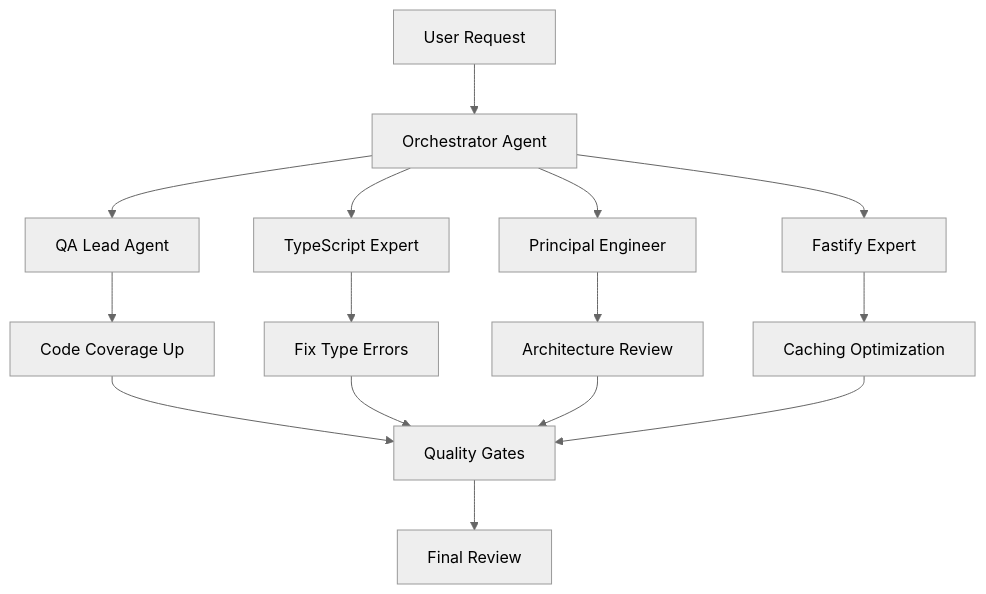
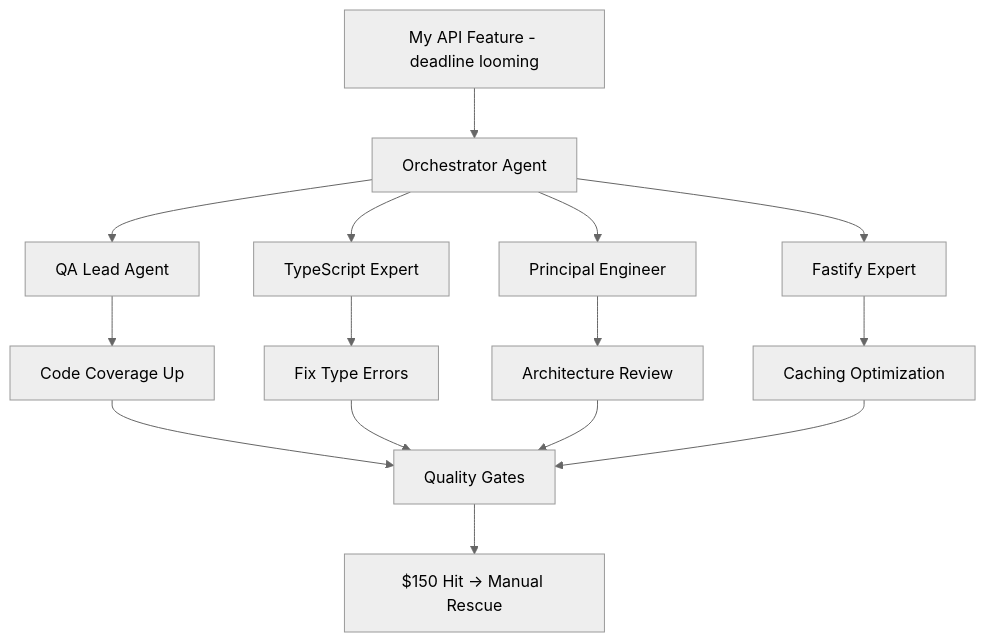
One commit to yowainwright/yowainwright.github.io changed the diagram in content/expensive-api.mdx. Above: the diagram before and after it, drawn with Mermaid (neutral theme). The commit also changed other lines of this file and 28 other files, not shown here.

````diff
--- a/content/expensive-api.mdx
+++ b/content/expensive-api.mdx
@@ -78,17 +85,17 @@
 ```mermaid
 flowchart TD
-    A[User Request] --> B[Orchestrator Agent]
+    A[My API Feature - deadline looming] --> B[Orchestrator Agent]
     B --> C[QA Lead Agent]
     B --> D[TypeScript Expert]
     B --> E[Principal Engineer]
     B --> F[Fastify Expert]
     C --> G[Code Coverage Up]
     D --> H[Fix Type Errors]
     E --> I[Architecture Review]
     F --> J[Caching Optimization]
     G --> K[Quality Gates]
     H --> K
     I --> K
     J --> K
-    K --> L[Final Review]
+    K --> L[$150 Hit → Manual Rescue]
 ```
````
